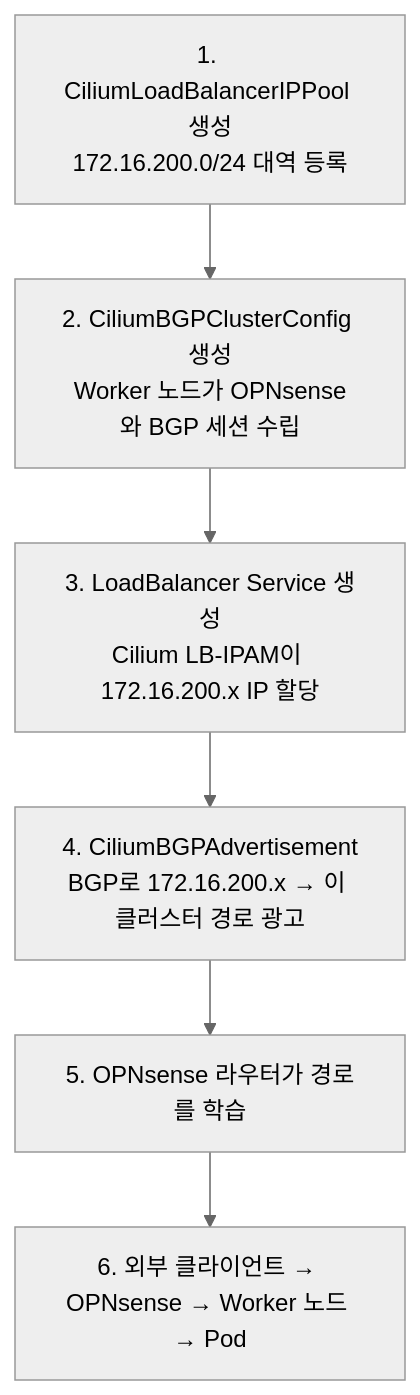
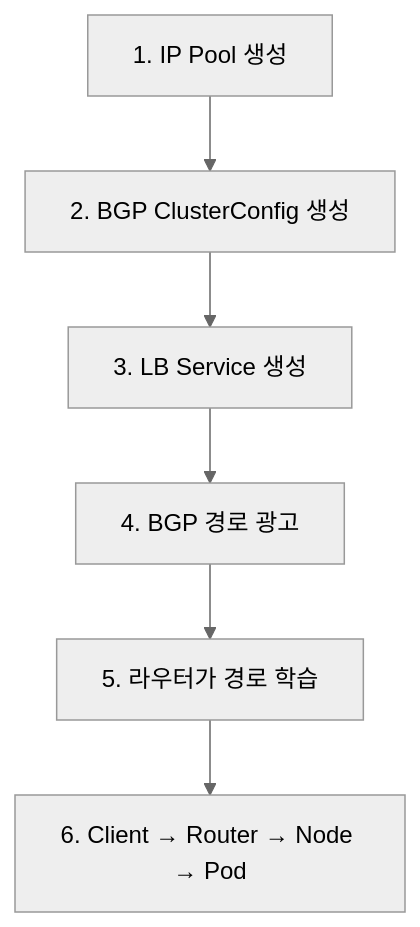
Before and after one commit to garlicKim21/kubernetes-onprem-training: the fifth of 9 diagrams in day1/ch06-cilium-bgp/README.md, drawn with Mermaid (neutral theme). The commit also changed other lines of this file and 6 other files, not shown here.

````diff
--- a/day1/ch06-cilium-bgp/README.md
+++ b/day1/ch06-cilium-bgp/README.md
@@ -560,8 +585,8 @@
 ```mermaid
 graph TD
-    A1["1. CiliumLoadBalancerIPPool 생성<br/>172.16.200.0/24 대역 등록"] --> A2["2. CiliumBGPClusterConfig 생성<br/>Worker 노드가 OPNsense와 BGP 세션 수립"]
-    A2 --> A3["3. LoadBalancer Service 생성<br/>Cilium LB-IPAM이 172.16.200.x IP 할당"]
-    A3 --> A4["4. CiliumBGPAdvertisement<br/>BGP로 172.16.200.x → 이 클러스터 경로 광고"]
-    A4 --> A5["5. OPNsense 라우터가 경로를 학습"]
-    A5 --> A6["6. 외부 클라이언트 → OPNsense → Worker 노드 → Pod"]
+    A1["1. IP Pool 생성"] --> A2["2. BGP ClusterConfig 생성"]
+    A2 --> A3["3. LB Service 생성"]
+    A3 --> A4["4. BGP 경로 광고"]
+    A4 --> A5["5. 라우터가 경로 학습"]
+    A5 --> A6["6. Client → Router → Node → Pod"]
 ```
````
